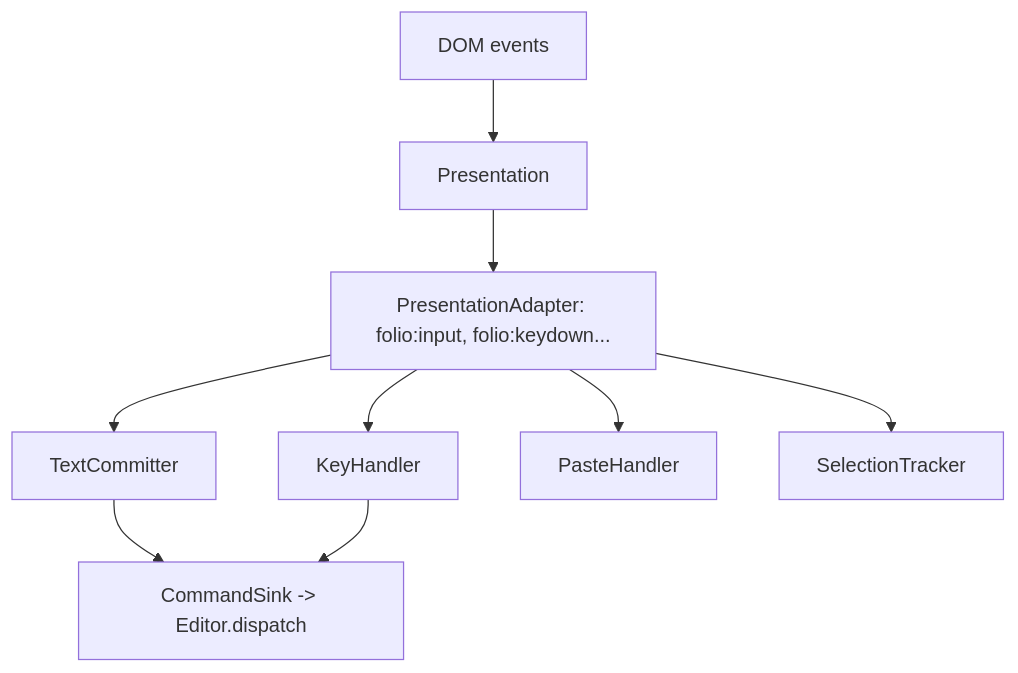
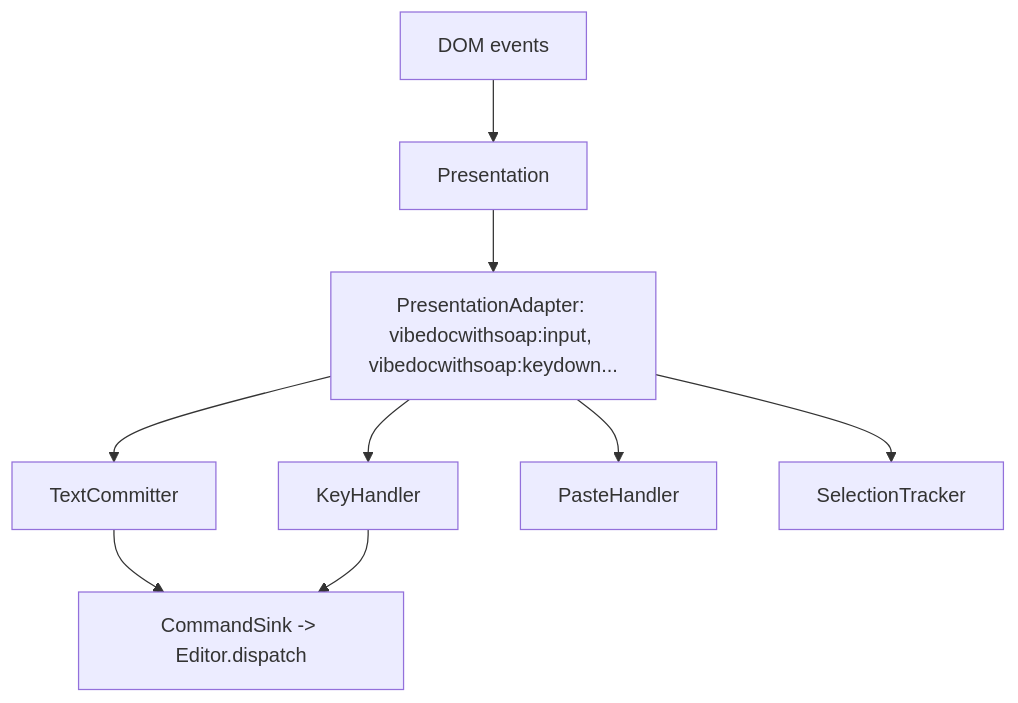
Before and after one commit to EmilKronholm/vibedocwithsoap: diagram 41 of 47 in docs/onboarding.md, drawn with Mermaid. The commit also changed other lines of this file and 65 other files, not shown here.

````diff
--- a/docs/onboarding.md
+++ b/docs/onboarding.md
@@ -1661,11 +1661,11 @@
 ```mermaid
 flowchart TB
   dom["DOM events"] --> pres["Presentation"]
-  pres --> adapter["PresentationAdapter: folio:input, folio:keydown..."]
+  pres --> adapter["PresentationAdapter: vibedocwithsoap:input, vibedocwithsoap:keydown..."]
   adapter --> tc["TextCommitter"]
   adapter --> kh["KeyHandler"]
   adapter --> ph["PasteHandler"]
   adapter --> st["SelectionTracker"]
   tc --> sink["CommandSink -> Editor.dispatch"]
   kh --> sink
 ```
````
